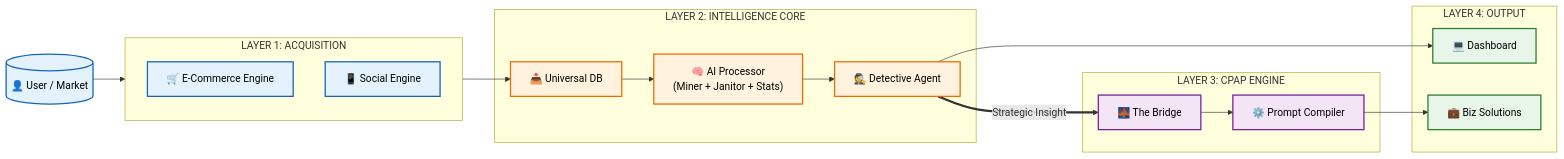
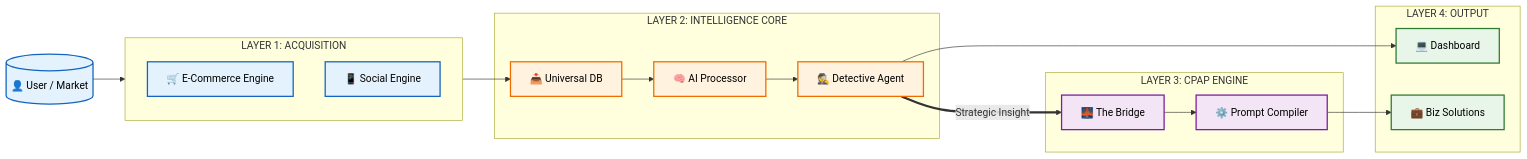
The first of 4 diagrams in docs/ECOSYSTEM_NODES_MAP.md (Daniel-LeTC/AI_market_intel_platform), drawn with Mermaid before and after one commit. The commit also changed other lines of this file, not shown here.

Commit message:
docs: consolidate AI Ecosystem Map into Master Architecture (Executive, Architect, Engineer views)

````diff
--- a/docs/ECOSYSTEM_NODES_MAP.md
+++ b/docs/ECOSYSTEM_NODES_MAP.md
@@ -13,43 +14,40 @@
 ```mermaid
 graph LR
     %% STYLES
     classDef blue fill:#e3f2fd,stroke:#1565c0,stroke-width:2px,color:#000;
     classDef orange fill:#fff3e0,stroke:#ef6c00,stroke-width:2px,color:#000;
     classDef purple fill:#f3e5f5,stroke:#7b1fa2,stroke-width:2px,color:#000;
     classDef green fill:#e8f5e9,stroke:#2e7d32,stroke-width:2px,color:#000;
 
-    %% NODES
     User[("👤 User / Market")]:::blue
     
     subgraph ACQ ["LAYER 1: ACQUISITION"]
         Ecom["🛒 E-Commerce Engine"]:::blue
         Social["📱 Social Engine"]:::blue
     end
     
     subgraph INTEL ["LAYER 2: INTELLIGENCE CORE"]
         DB["📥 Universal DB"]:::orange
-        Processor["🧠 AI Processor<br/>(Miner + Janitor + Stats)"]:::orange
+        Processor["🧠 AI Processor"]:::orange
         Detective["🕵️ Detective Agent"]:::orange
     end
     
     subgraph CREATIVE ["LAYER 3: CPAP ENGINE"]
         Bridge["🌉 The Bridge"]:::purple
         Compiler["⚙️ Prompt Compiler"]:::purple
     end
     
     subgraph OUT ["LAYER 4: OUTPUT"]
         Dash["💻 Dashboard"]:::green
         Sol["💼 Biz Solutions"]:::green
     end
 
-    %% FLOW
     User --> ACQ
     ACQ --> DB
     DB --> Processor
     Processor --> Detective
-    
     Detective --> Dash
     Detective ==>|Strategic Insight| Bridge
     Bridge --> Compiler
     Compiler --> Sol
 ```
````
